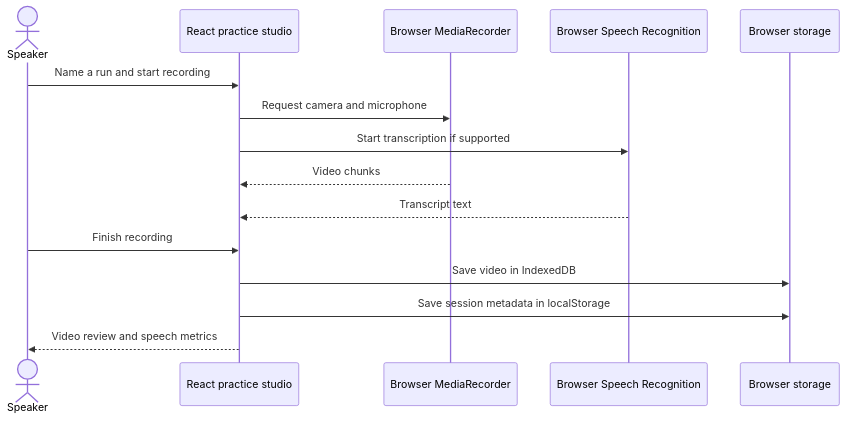
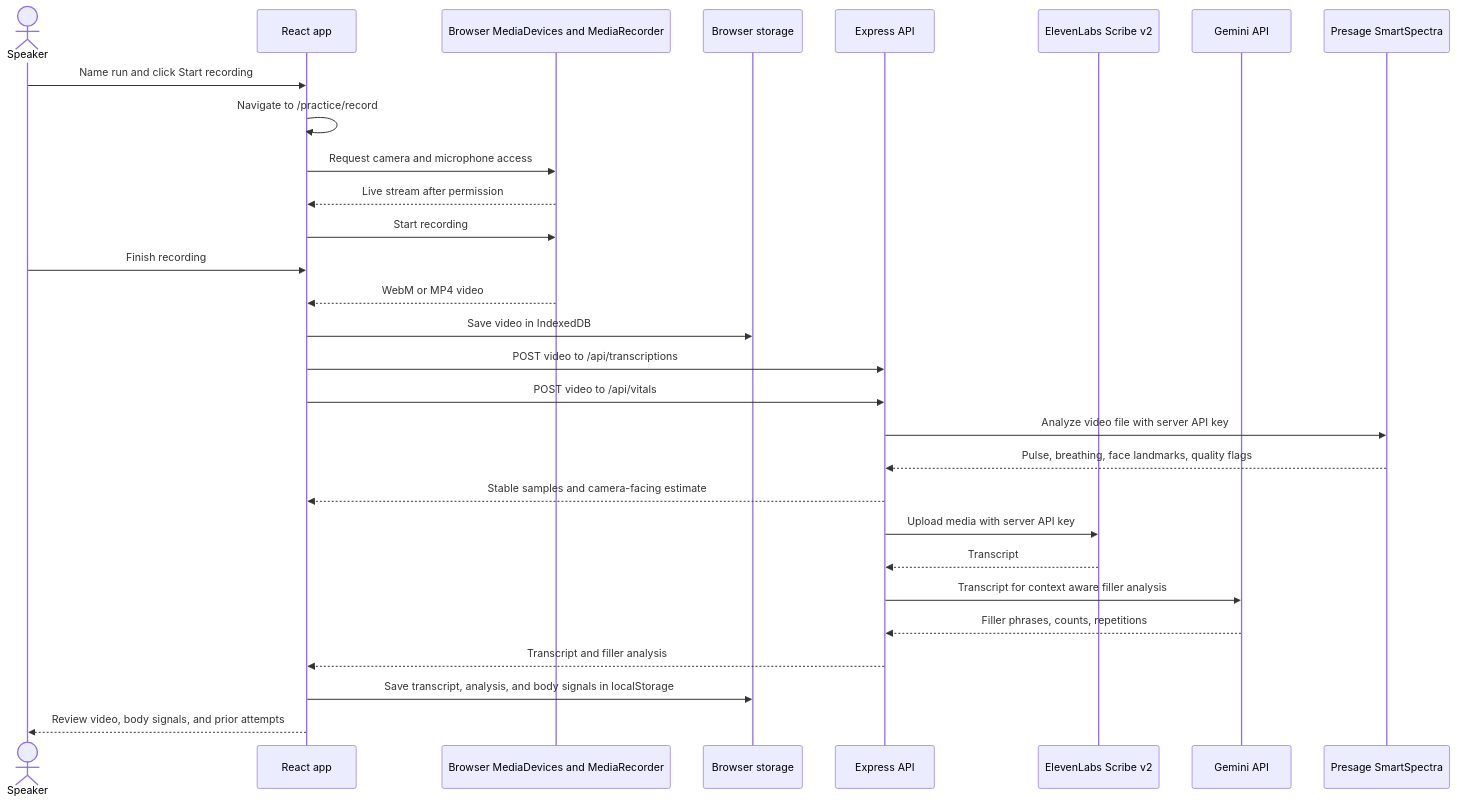
The diagram in README.md (civ19/PepTalk), drawn with Mermaid before and after one commit. The commit also changed other lines of this file and 23 other files, not shown here.

Commit message:
finished 11labs implementation, unfinished presage code

````diff
--- a/README.md
+++ b/README.md
@@ -20,17 +38,31 @@
 ```mermaid
 sequenceDiagram
     actor Speaker
-    participant UI as React practice studio
-    participant Media as Browser MediaRecorder
-    participant Speech as Browser Speech Recognition
+    participant UI as React app
+    participant Media as Browser MediaDevices and MediaRecorder
     participant Store as Browser storage
-    Speaker->>UI: Name a run and start recording
-    UI->>Media: Request camera and microphone
-    UI->>Speech: Start transcription if supported
-    Media-->>UI: Video chunks
-    Speech-->>UI: Transcript text
+    participant API as Express API
+    participant Eleven as ElevenLabs Scribe v2
+    participant Gemini as Gemini API
+    participant Presage as Presage SmartSpectra
+    Speaker->>UI: Name run and click Start recording
+    UI->>UI: Navigate to /practice/record
+    UI->>Media: Request camera and microphone access
+    Media-->>UI: Live stream after permission
+    UI->>Media: Start recording
     Speaker->>UI: Finish recording
+    Media-->>UI: WebM or MP4 video
     UI->>Store: Save video in IndexedDB
-    UI->>Store: Save session metadata in localStorage
-    UI-->>Speaker: Video review and speech metrics
+    UI->>API: POST video to /api/transcriptions
+    UI->>API: POST video to /api/vitals
+    API->>Presage: Analyze video file with server API key
+    Presage-->>API: Pulse, breathing, face landmarks, quality flags
+    API-->>UI: Stable samples and camera-facing estimate
+    API->>Eleven: Upload media with server API key
+    Eleven-->>API: Transcript
+    API->>Gemini: Transcript for context aware filler analysis
+    Gemini-->>API: Filler phrases, counts, repetitions
+    API-->>UI: Transcript and filler analysis
+    UI->>Store: Save transcript, analysis, and body signals in localStorage
+    UI-->>Speaker: Review video, body signals, and prior attempts
 ```
````
